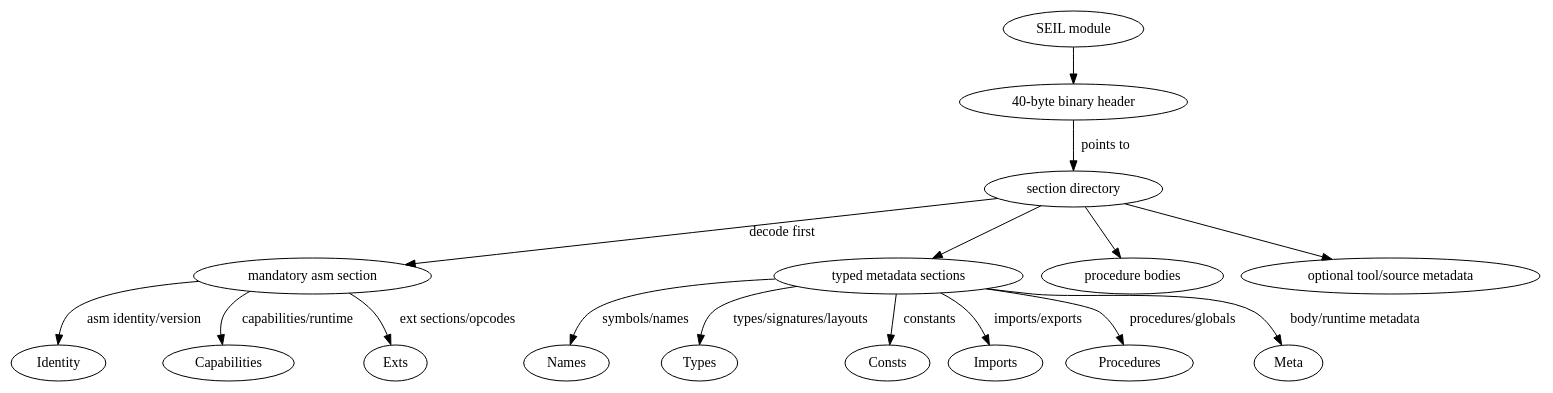
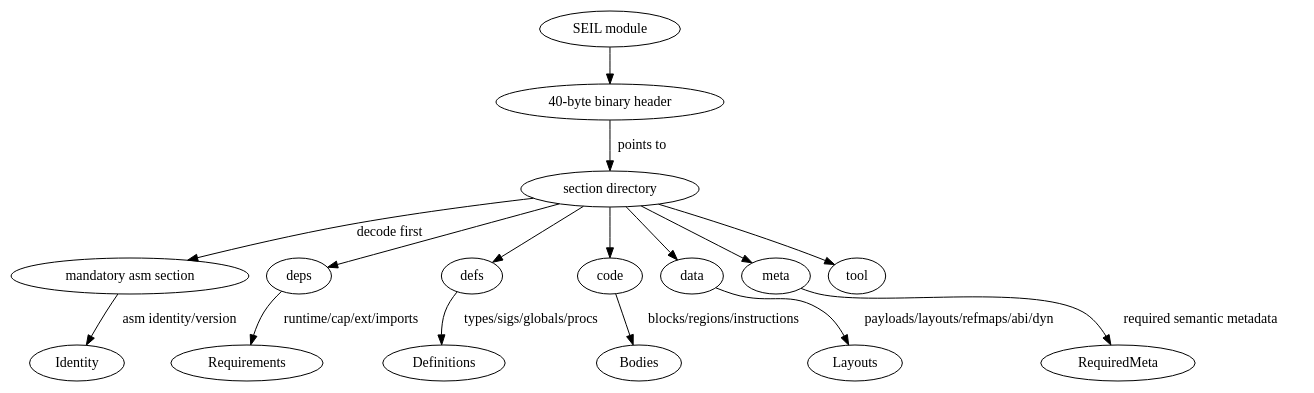
The second of 2 diagrams in docs/LOCKED_LANGUAGE_DESIGN.md (xsyetopz/musi-next), drawn with Graphviz before and after one commit. The commit also changed other lines of this file and 9 other files, not shown here.

````diff
--- a/docs/LOCKED_LANGUAGE_DESIGN.md
+++ b/docs/LOCKED_LANGUAGE_DESIGN.md
@@ -887,29 +887,32 @@
 ```dot
 digraph seil_module {
   rankdir=TB;
   Module [label="SEIL module"];
   Header [label="40-byte binary header"];
   Directory [label="section directory"];
   Asm [label="mandatory asm section"];
-  Core [label="typed metadata sections"];
-  Bodies [label="procedure bodies"];
-  Tool [label="optional tool/source metadata"];
+  Deps [label="deps"];
+  Defs [label="defs"];
+  Code [label="code"];
+  Data [label="data"];
+  Meta [label="meta"];
+  Tool [label="tool"];
 
   Module -> Header;
   Header -> Directory [label="points to"];
   Directory -> Asm [label="decode first"];
-  Directory -> Core;
-  Directory -> Bodies;
+  Directory -> Deps;
+  Directory -> Defs;
+  Directory -> Code;
+  Directory -> Data;
+  Directory -> Meta;
   Directory -> Tool;
 
   Asm -> Identity [label="asm identity/version"];
-  Asm -> Capabilities [label="capabilities/runtime"];
-  Asm -> Exts [label="ext sections/opcodes"];
-  Core -> Names [label="symbols/names"];
-  Core -> Types [label="types/signatures/layouts"];
-  Core -> Consts [label="constants"];
-  Core -> Imports [label="imports/exports"];
-  Core -> Procedures [label="procedures/globals"];
-  Core -> Meta [label="body/runtime metadata"];
+  Deps -> Requirements [label="runtime/cap/ext/imports"];
+  Defs -> Definitions [label="types/sigs/globals/procs"];
+  Code -> Bodies [label="blocks/regions/instructions"];
+  Data -> Layouts [label="payloads/layouts/refmaps/abi/dyn"];
+  Meta -> RequiredMeta [label="required semantic metadata"];
 }
 ```
````
